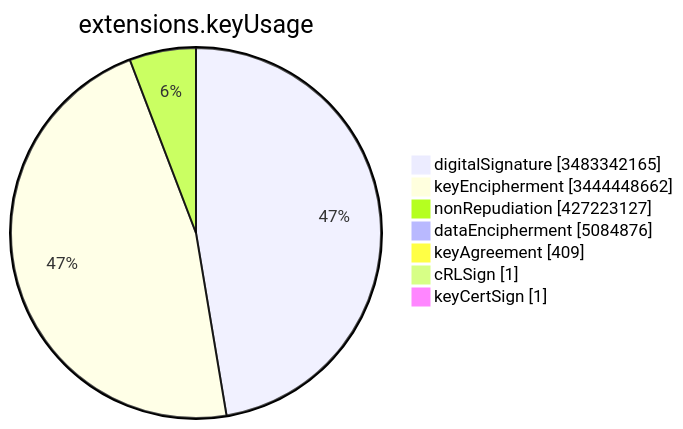
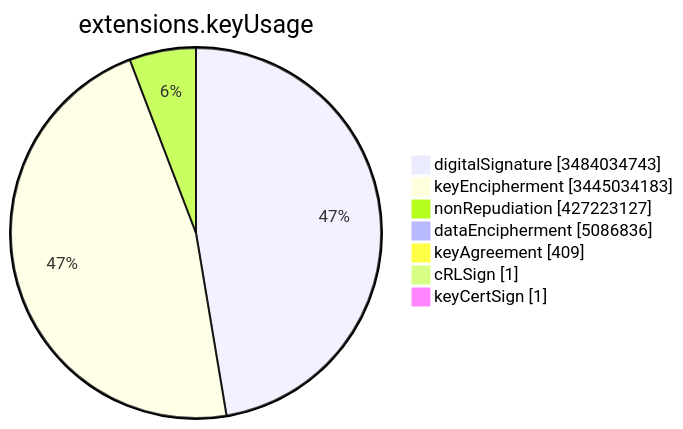
One commit to christiankrug/ctmonitor_visualization changed the sixth of 15 diagrams in TOTAL/README.md. Above: the diagram before and after it, drawn with Mermaid. The commit also changed other lines of this file, not shown here.

````diff
--- a/TOTAL/README.md
+++ b/TOTAL/README.md
@@ -3082,11 +3083,11 @@
 ```mermaid
 pie showData
 title extensions.keyUsage
-"digitalSignature" :3483342165
-"keyEncipherment" :3444448662
+"digitalSignature" :3484034743
+"keyEncipherment" :3445034183
 "nonRepudiation" :427223127
-"dataEncipherment" :5084876
+"dataEncipherment" :5086836
 "keyAgreement" :409
 "cRLSign" :1
 "keyCertSign" :1
 ```
````
